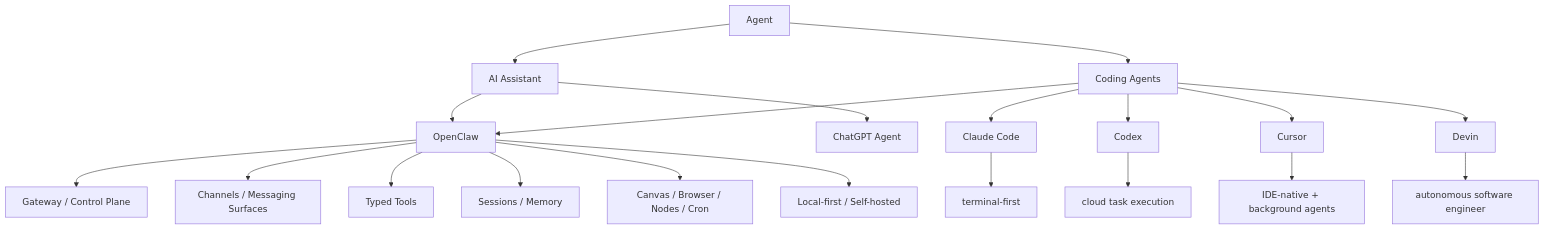
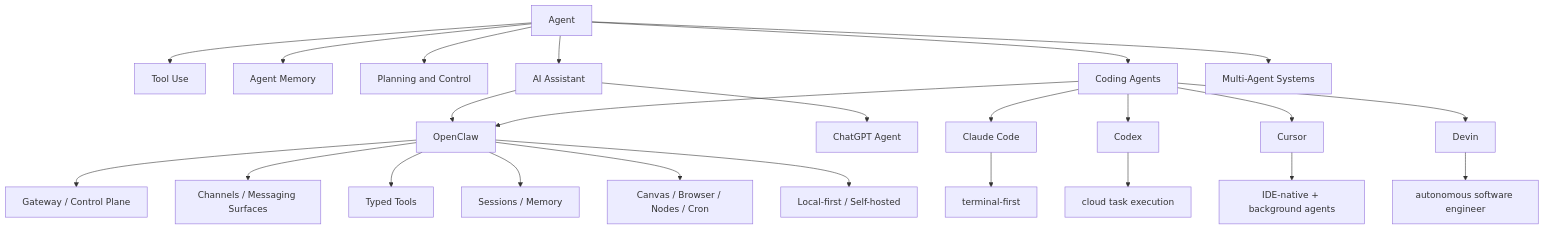
Before and after one commit to superliyang/tony-2026: the diagram in 01-Areas/AI-Learning/07-Maps/AI Agent Systems Map.md, drawn with Mermaid. The commit also changed other lines of this file and 42 other files, not shown here.

````diff
--- a/01-Areas/AI-Learning/07-Maps/AI Agent Systems Map.md
+++ b/01-Areas/AI-Learning/07-Maps/AI Agent Systems Map.md
@@ -14,24 +14,28 @@
 ```mermaid
 flowchart TD
-  A["Agent"] --> B["AI Assistant"]
+  A["Agent"] --> A1["Tool Use"]
+  A --> A2["Agent Memory"]
+  A --> A3["Planning and Control"]
+  A --> B["AI Assistant"]
   A --> C["Coding Agents"]
+  A --> A4["Multi-Agent Systems"]
   B --> D["OpenClaw"]
   B --> E["ChatGPT Agent"]
   C --> C1["Claude Code"]
   C --> C2["Codex"]
   C --> C3["Cursor"]
   C --> C4["Devin"]
   C --> D
 
   D --> D1["Gateway / Control Plane"]
   D --> D2["Channels / Messaging Surfaces"]
   D --> D3["Typed Tools"]
   D --> D4["Sessions / Memory"]
   D --> D5["Canvas / Browser / Nodes / Cron"]
   D --> D6["Local-first / Self-hosted"]
 
   C1 --> F1["terminal-first"]
   C2 --> F2["cloud task execution"]
   C3 --> F3["IDE-native + background agents"]
   C4 --> F4["autonomous software engineer"]
 ```
````
